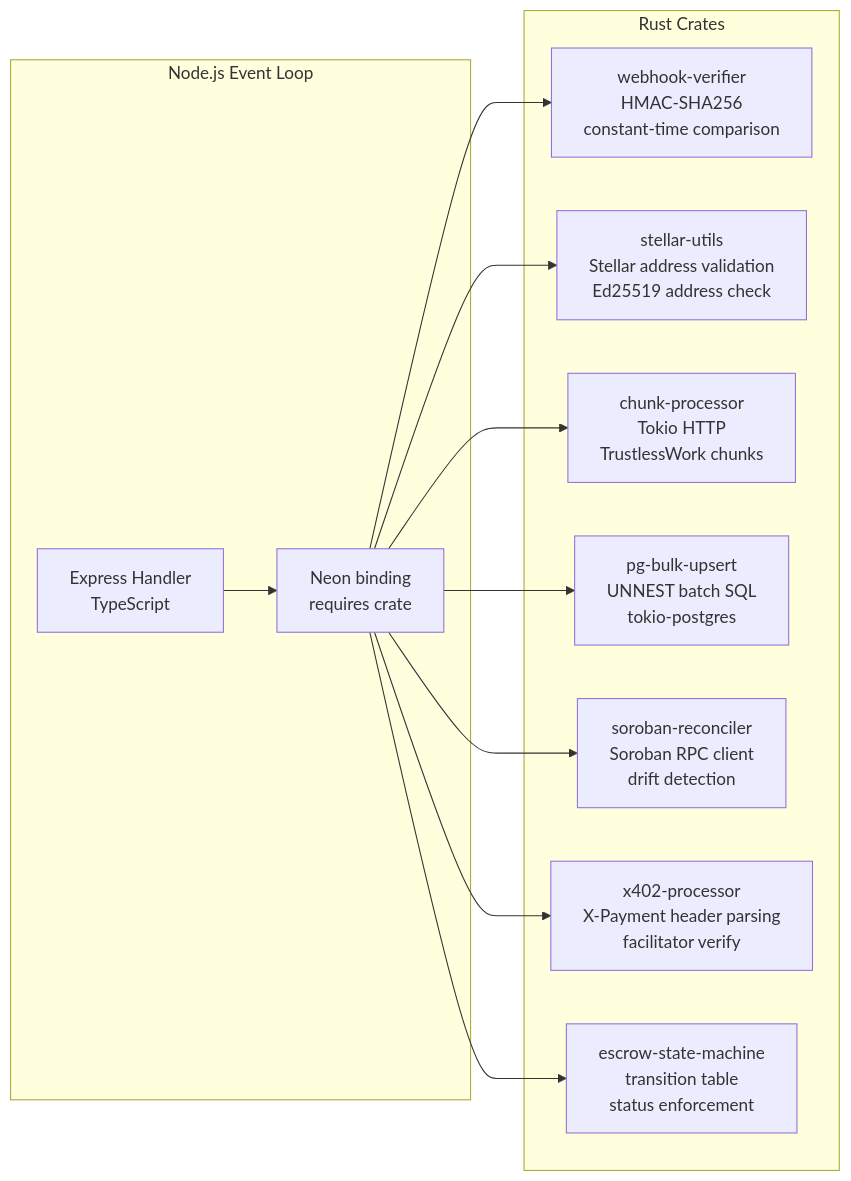
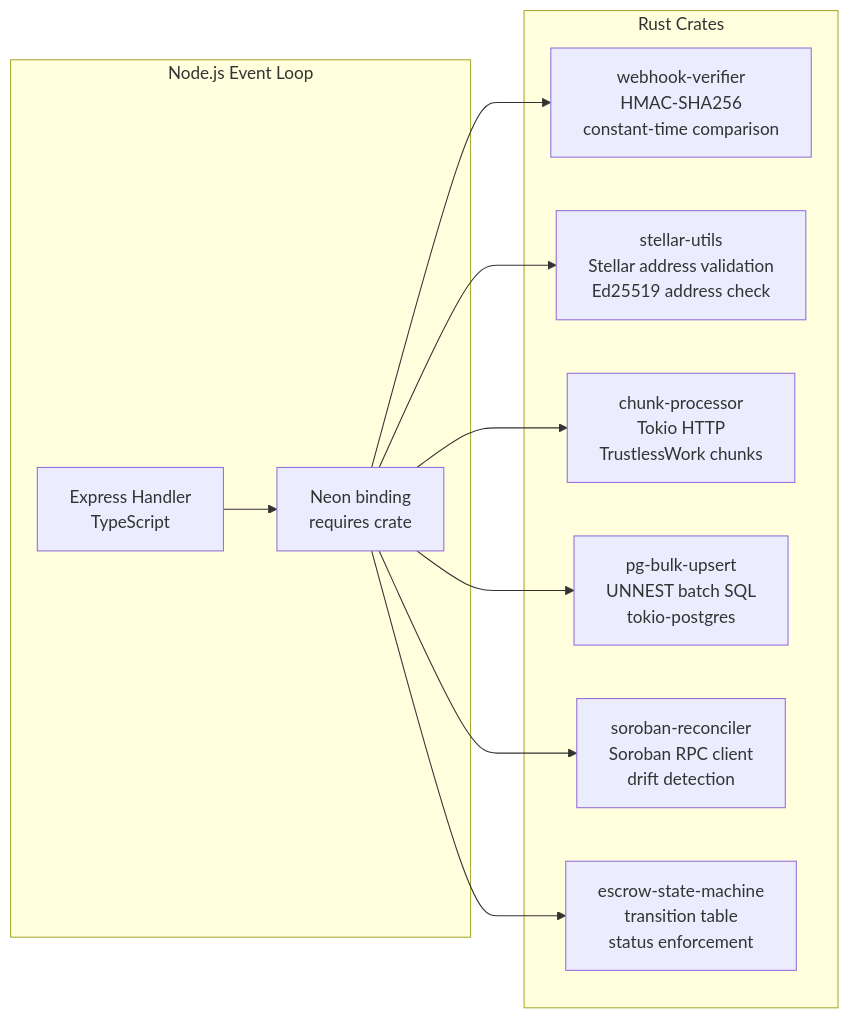
One commit to safetrustcr/backend-SafeTrust changed the diagram in docs/architecture/rust-crates.md. Above: the diagram before and after it, drawn with Mermaid. The commit also changed other lines of this file and 35 other files, not shown here.

````diff
--- a/docs/architecture/rust-crates.md
+++ b/docs/architecture/rust-crates.md
@@ -23,26 +22,24 @@
 ```mermaid
 flowchart LR
     subgraph node["Node.js Event Loop"]
         express["Express Handler\nTypeScript"]
         ffi["Neon binding\nrequires crate"]
     end
 
     subgraph rust["Rust Crates"]
         webhook["webhook-verifier\nHMAC-SHA256\nconstant-time comparison"]
         stellar["stellar-utils\nStellar address validation\nEd25519 address check"]
         chunks["chunk-processor\nTokio HTTP\nTrustlessWork chunks"]
         pg["pg-bulk-upsert\nUNNEST batch SQL\ntokio-postgres"]
         soroban["soroban-reconciler\nSoroban RPC client\ndrift detection"]
-        x402["x402-processor\nX-Payment header parsing\nfacilitator verify"]
         escrow["escrow-state-machine\ntransition table\nstatus enforcement"]
     end
 
     express --> ffi
     ffi --> webhook
     ffi --> stellar
     ffi --> chunks
     ffi --> pg
     ffi --> soroban
-    ffi --> x402
     ffi --> escrow
 ```
````
